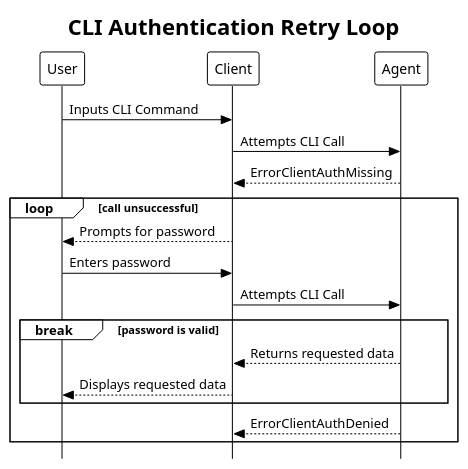
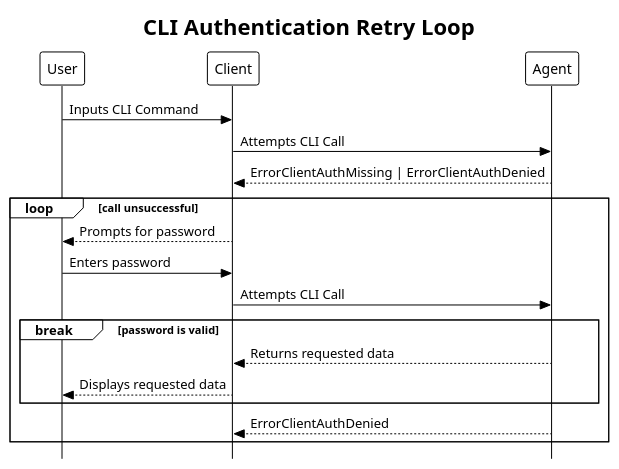
Before and after one commit to MatrixAI/Polykey-Docs: the diagram in files/CARL.puml, drawn with PlantUML.

Commit message:
modifying CARL diagram

```diff
--- a/files/CARL.puml
+++ b/files/CARL.puml
@@ -1,23 +1,23 @@
 @startuml
 
 !theme plain
 skinparam style strictuml
 
 title "CLI Authentication Retry Loop"
 
 User -> Client: Inputs CLI Command
 Client -> Agent: Attempts CLI Call
-Agent --> Client: ErrorClientAuthMissing
+Agent --> Client: ErrorClientAuthMissing | ErrorClientAuthDenied
 
 loop call unsuccessful
     Client --> User: Prompts for password
     User -> Client: Enters password
     Client -> Agent: Attempts CLI Call
     break password is valid
         Agent --> Client: Returns requested data
         Client --> User: Displays requested data
     end
     Agent --> Client: ErrorClientAuthDenied
 end
 
 @enduml
```
